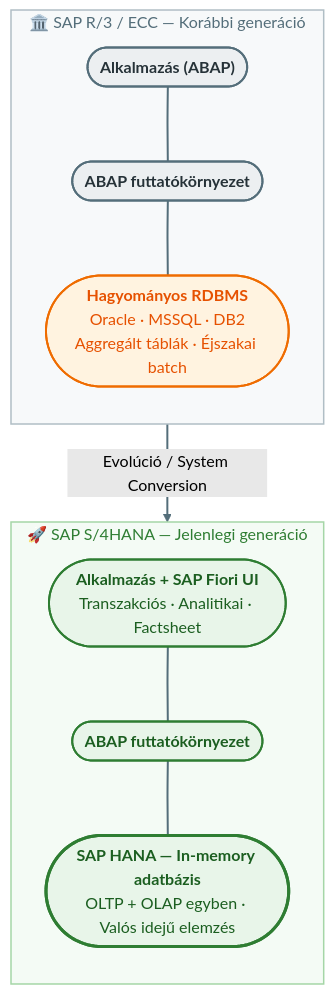
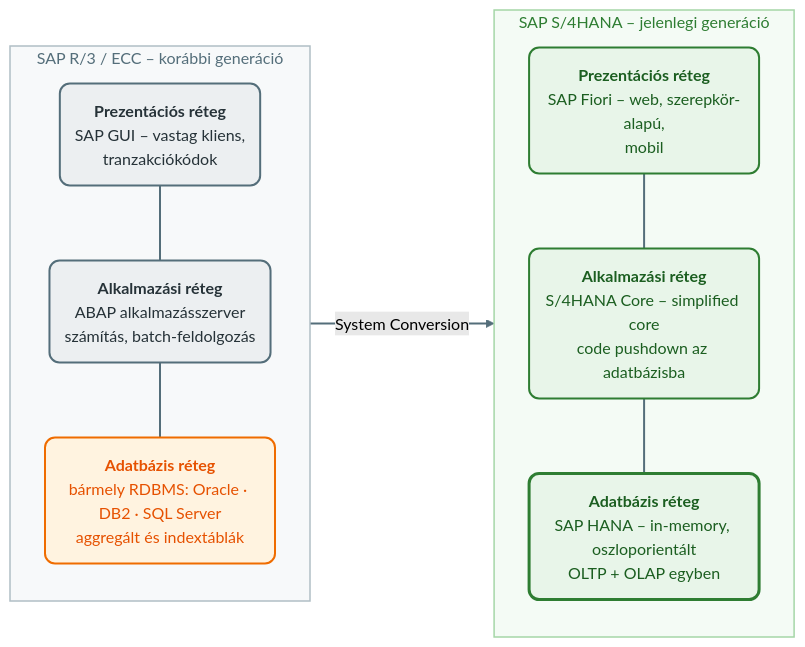
The first of 3 diagrams in Tételek/V14-GMXIV2MBLF-SAP S4HANA struktúra és modulok.tétel.md (denespocsik/MM_BSC_Zarovizsga), drawn with Mermaid (forest theme) before and after one commit. The commit also changed other lines of this file and 2 other files, not shown here.

````diff
--- a/Tételek/V14-GMXIV2MBLF-SAP S4HANA struktúra és modulok.tétel.md
+++ b/Tételek/V14-GMXIV2MBLF-SAP S4HANA struktúra és modulok.tétel.md
@@ -11,28 +32,28 @@
 ```mermaid
-flowchart TB
-    subgraph ECC["🏛️  SAP R/3 / ECC — Korábbi generáció"]
+flowchart LR
+    subgraph ECC["SAP R/3 / ECC – korábbi generáció"]
         direction TB
-        A1(["<b>Alkalmazás (ABAP)</b>"]):::szurke
-        A2(["<b>ABAP futtatókörnyezet</b>"]):::szurke
-        A3(["<b>Hagyományos RDBMS</b><br/>Oracle · MSSQL · DB2<br/>Aggregált táblák · Éjszakai batch"]):::narancs
+        A1("<b>Prezentációs réteg</b><br/>SAP GUI – vastag kliens,<br/>tranzakciókódok"):::szurke
+        A2("<b>Alkalmazási réteg</b><br/>ABAP alkalmazásszerver<br/>számítás, batch-feldolgozás"):::szurke
+        A3("<b>Adatbázis réteg</b><br/>bármely RDBMS: Oracle · DB2 · SQL Server<br/>aggregált és indextáblák"):::narancs
         A1 --- A2 --- A3
     end
-    subgraph S4["🚀  SAP S/4HANA — Jelenlegi generáció"]
+    subgraph S4["SAP S/4HANA – jelenlegi generáció"]
         direction TB
-        B1(["<b>Alkalmazás + SAP Fiori UI</b><br/>Transzakciós · Analitikai · Factsheet"]):::zold
-        B2(["<b>ABAP futtatókörnyezet</b>"]):::zold
-        B3(["<b>SAP HANA — In-memory adatbázis</b><br/>OLTP + OLAP egyben · Valós idejű elemzés"]):::zoldH
+        B1("<b>Prezentációs réteg</b><br/>SAP Fiori – web, szerepkör-alapú,<br/>mobil"):::zold
+        B2("<b>Alkalmazási réteg</b><br/>S/4HANA Core – simplified core<br/>code pushdown az adatbázisba"):::zold
+        B3("<b>Adatbázis réteg</b><br/>SAP HANA – in-memory, oszloporientált<br/>OLTP + OLAP egyben"):::zoldH
         B1 --- B2 --- B3
     end
-    ECC -->|"Evolúció / System Conversion"| S4
+    ECC -->|"System Conversion"| S4
 
     classDef zold    fill:#e8f5e9,stroke:#2e7d32,stroke-width:2px,color:#1b5e20,rx:10,ry:10;
     classDef zoldH   fill:#e8f5e9,stroke:#2e7d32,stroke-width:3px,color:#1b5e20,rx:10,ry:10;
     classDef narancs fill:#fff3e0,stroke:#ef6c00,stroke-width:2px,color:#e65100,rx:10,ry:10;
     classDef szurke  fill:#eceff1,stroke:#546e7a,stroke-width:2px,color:#263238,rx:10,ry:10;
 
     style ECC fill:#f7f9fa,stroke:#b0bec5,stroke-width:1.5px,color:#546e7a;
     style S4  fill:#f4fbf5,stroke:#a5d6a7,stroke-width:1.5px,color:#2e7d32;
 
     linkStyle default stroke:#546e7a,stroke-width:2px;
 ```
````
